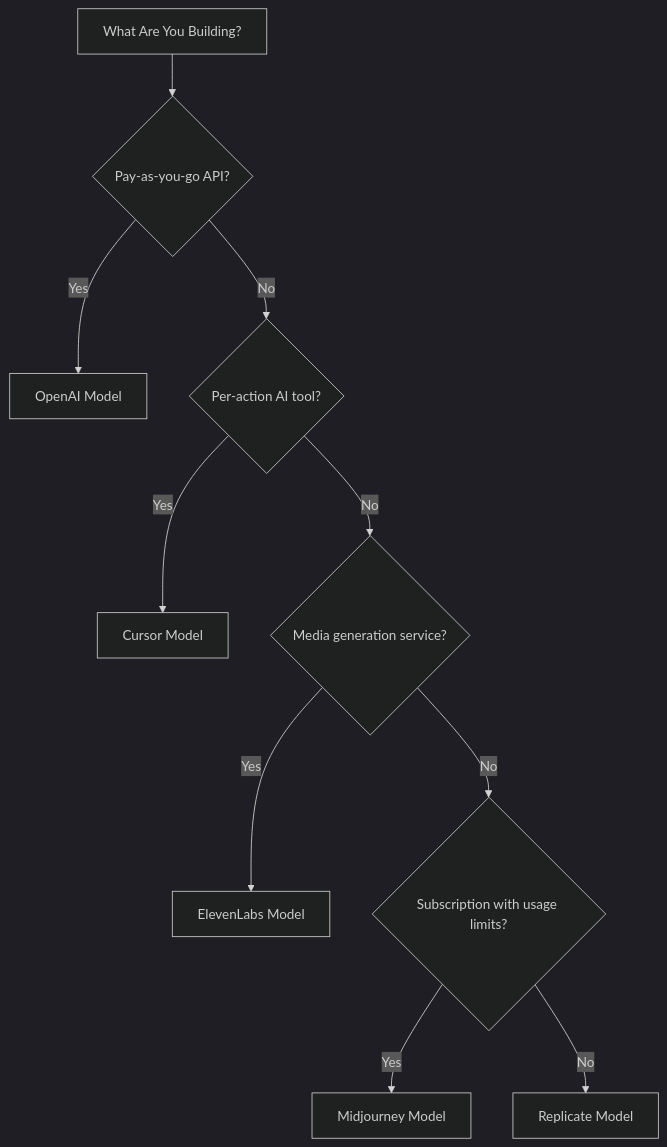
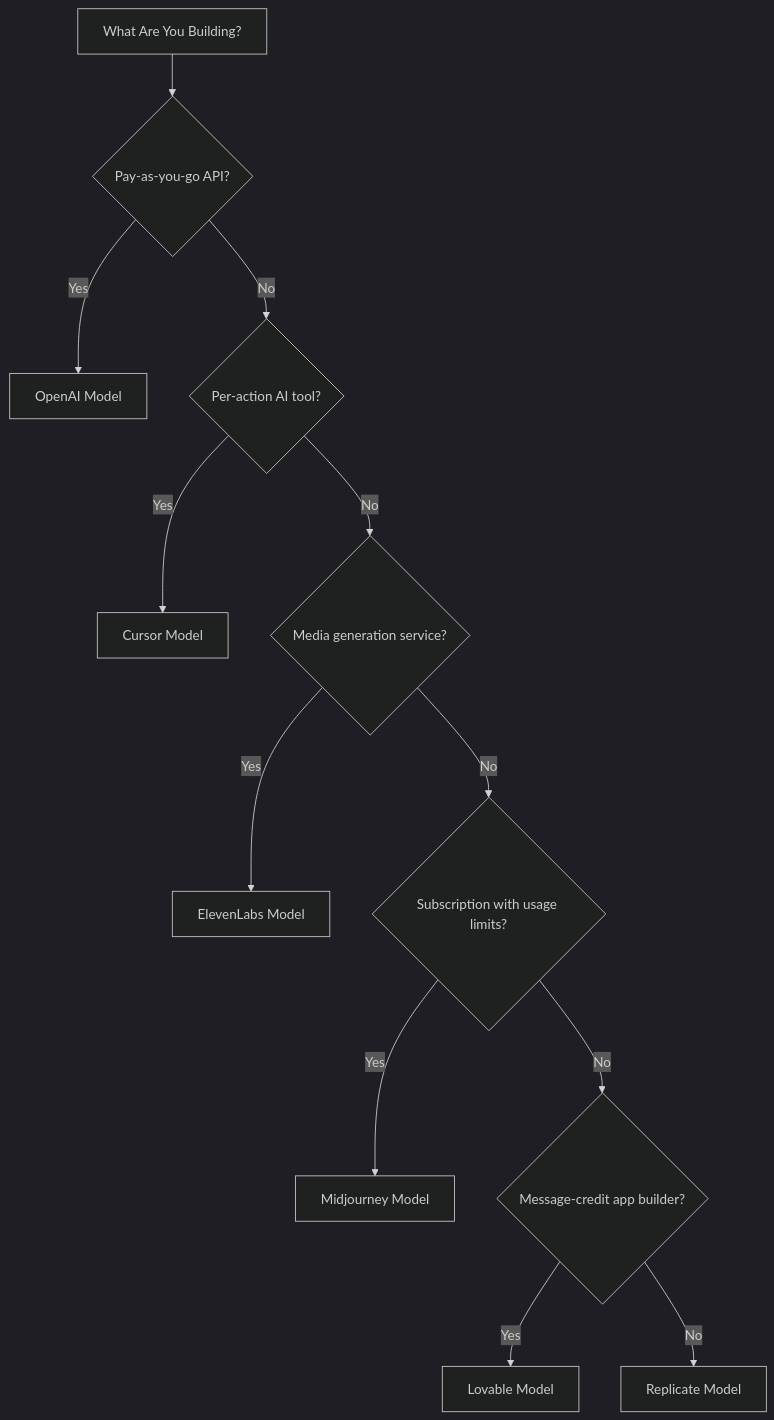
Before and after one commit to dodopayments/dodo-docs: the diagram in developer-resources/billing-deconstructions/introduction.mdx, drawn with Mermaid (dark theme). The commit also changed other lines of this file and 3 other files, not shown here.

Commit message:
docs: add Lovable billing deconstruction with message-credit model

````diff
--- a/developer-resources/billing-deconstructions/introduction.mdx
+++ b/developer-resources/billing-deconstructions/introduction.mdx
@@ -34,12 +36,14 @@
 ```mermaid
 flowchart TD
     A[What Are You Building?] --> B{Pay-as-you-go API?}
     B -->|Yes| C[OpenAI Model]
     B -->|No| D{Per-action AI tool?}
     D -->|Yes| E[Cursor Model]
     D -->|No| F{Media generation service?}
     F -->|Yes| G[ElevenLabs Model]
     F -->|No| H{Subscription with usage limits?}
     H -->|Yes| I[Midjourney Model]
-    H -->|No| J[Replicate Model]
+    H -->|No| J{Message-credit app builder?}
+    J -->|Yes| K[Lovable Model]
+    J -->|No| L[Replicate Model]
 ```
````
